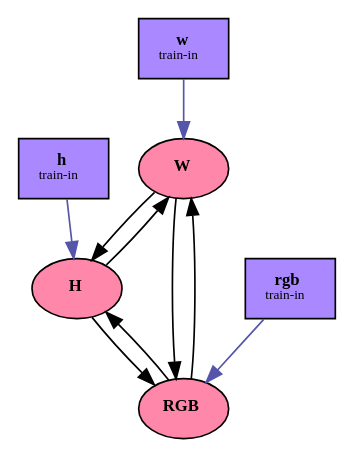
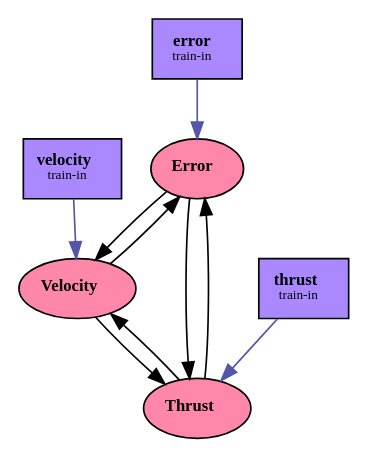
One commit to Ekeichi/rocket changed the diagram in train.dot. Above: the diagram before and after it, drawn with Graphviz. The commit also changed 125 other files, not shown here.

```diff
--- a/train.dot
+++ b/train.dot
@@ -1,20 +1,20 @@
 digraph All {
 
-      v0000 [label=<<font point-size="10"><b>w</b></font><br/><font point-size="8">train-in</font>>, shape=box, shape=box, fillcolor="#aa88ff", style="filled"]
-      v0001 [label=<<font point-size="10"><b>h</b></font><br/><font point-size="8">train-in</font>>, shape=box, shape=box, fillcolor="#aa88ff", style="filled"]
-      v0002 [label=<<font point-size="10"><b>rgb</b></font><br/><font point-size="8">train-in</font>>, shape=box, shape=box, fillcolor="#aa88ff", style="filled"]
-      m0003 [label=<<font point-size="10"><b>W</b></font>>, shape=ellipse, shape=ellipse, fillcolor="#ff88aa", style="filled"]
-      m0004 [label=<<font point-size="10"><b>H</b></font>>, shape=ellipse, shape=ellipse, fillcolor="#ff88aa", style="filled"]
-      m0005 [label=<<font point-size="10"><b>RGB</b></font>>, shape=ellipse, shape=ellipse, fillcolor="#ff88aa", style="filled"]
+      v0000 [label=<<font point-size="10"><b>error</b></font><br/><font point-size="8">train-in</font>>, shape=box, shape=box, fillcolor="#aa88ff", style="filled"]
+      v0001 [label=<<font point-size="10"><b>velocity</b></font><br/><font point-size="8">train-in</font>>, shape=box, shape=box, fillcolor="#aa88ff", style="filled"]
+      v0002 [label=<<font point-size="10"><b>thrust</b></font><br/><font point-size="8">train-in</font>>, shape=box, shape=box, fillcolor="#aa88ff", style="filled"]
+      m0003 [label=<<font point-size="10"><b>Error</b></font>>, shape=ellipse, shape=ellipse, fillcolor="#ff88aa", style="filled"]
+      m0004 [label=<<font point-size="10"><b>Velocity</b></font>>, shape=ellipse, shape=ellipse, fillcolor="#ff88aa", style="filled"]
+      m0005 [label=<<font point-size="10"><b>Thrust</b></font>>, shape=ellipse, shape=ellipse, fillcolor="#ff88aa", style="filled"]
 
   v0000 -> m0003 [color="#5555aa", style=solid ]
   v0001 -> m0004 [color="#5555aa", style=solid ]
   v0002 -> m0005 [color="#5555aa", style=solid ]
   m0003 -> m0004 [color="#000000", style=solid ]
   m0003 -> m0005 [color="#000000", style=solid ]
   m0004 -> m0003 [color="#000000", style=solid ]
   m0004 -> m0005 [color="#000000", style=solid ]
   m0005 -> m0003 [color="#000000", style=solid ]
   m0005 -> m0004 [color="#000000", style=solid ]
 
 }
```
